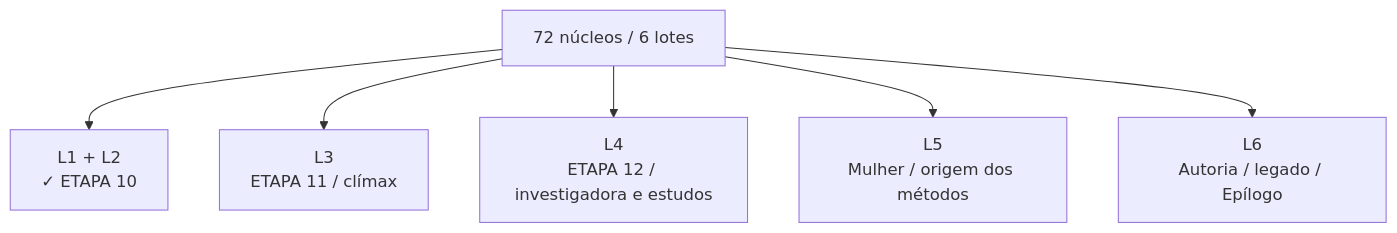
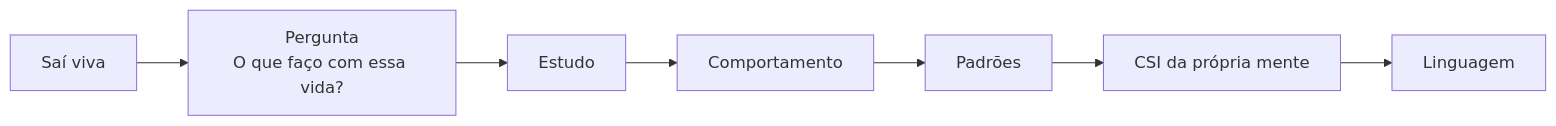
One commit to Sollimastudio/trilogia-sol-lima changed the sixth of 6 diagrams in 01_MORTE_EM_VIDA/MAPA_VISUAL_PARTE_IV_ATUAL.md. Above: the diagram before and after it, drawn with Mermaid. The commit also changed other lines of this file, not shown here.

Commit message:
Fecha clímax da Etapa 11 no mapa visual

````diff
--- a/01_MORTE_EM_VIDA/MAPA_VISUAL_PARTE_IV_ATUAL.md
+++ b/01_MORTE_EM_VIDA/MAPA_VISUAL_PARTE_IV_ATUAL.md
@@ -68,8 +70,9 @@
 ```mermaid
-flowchart TD
-A[72 núcleos / 6 lotes] --> B[L1 + L2\n✓ ETAPA 10]
-A --> C[L3\nETAPA 11 / clímax]
-A --> D[L4\nETAPA 12 / investigadora e estudos]
-A --> E[L5\nMulher / origem dos métodos]
-A --> F[L6\nAutoria / legado / Epílogo]
+flowchart LR
+A[Saí viva] --> B[Pergunta\nO que faço com essa vida?]
+B --> C[Estudo]
+C --> D[Comportamento]
+D --> E[Padrões]
+E --> F[CSI da própria mente]
+F --> G[Linguagem]
 ```
````
